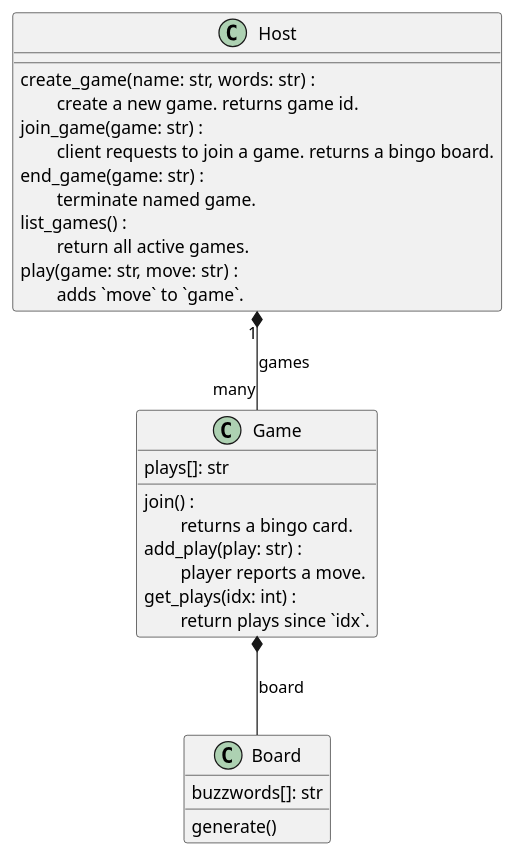
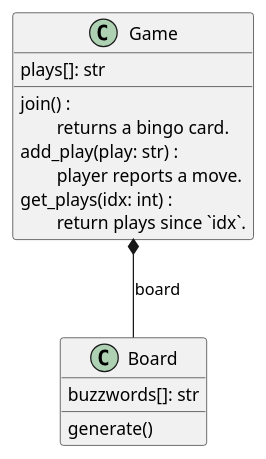
One commit to AndrewWasHere/buzzwordbing changed the first of 2 diagrams in design/design.rst. Above: the diagram before and after it, drawn with PlantUML. The commit also changed other lines of this file and 4 other files, not shown here.

```diff
--- a/design/design.rst
+++ b/design/design.rst
@@ -11,26 +11,18 @@
 .. uml::
    :caption: Class Diagram
 
     @startuml
-    class Host {
-        create_game(name: str, words: str) : \n\tcreate a new game. returns game id.
-        join_game(game: str) : \n\tclient requests to join a game. returns a bingo board.
-        end_game(game: str) : \n\tterminate named game.
-        list_games() : \n\treturn all active games.
-        play(game: str, move: str) : \n\tadds `move` to `game`.
-    }
     class Game {
         plays[]: str
 
         join() : \n\treturns a bingo card.
         add_play(play: str) : \n\tplayer reports a move.
         get_plays(idx: int) : \n\treturn plays since `idx`.
     }
     class Board {
         buzzwords[]: str
         generate()
     }
 
-    Host "1" *-- "many" Game : games
     Game *-- Board : board
     @enduml
```
